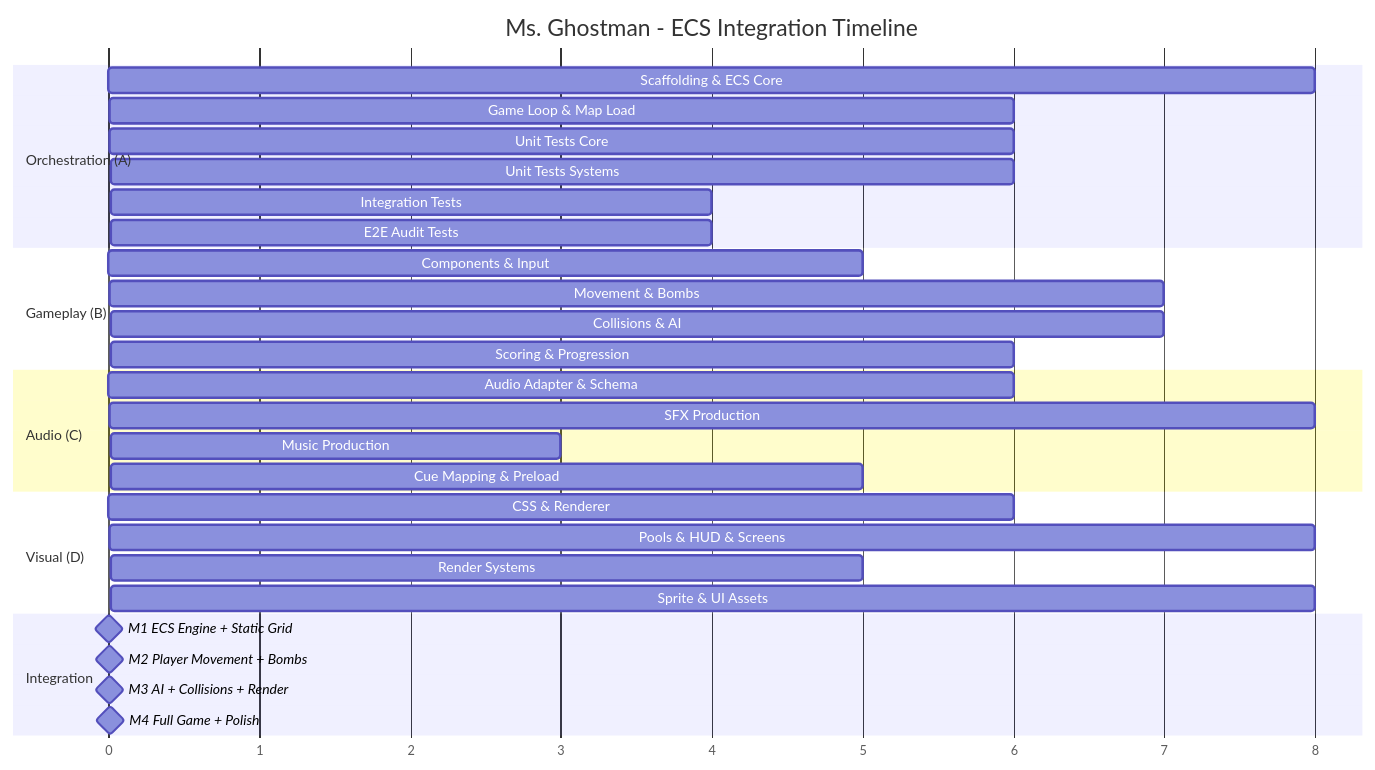
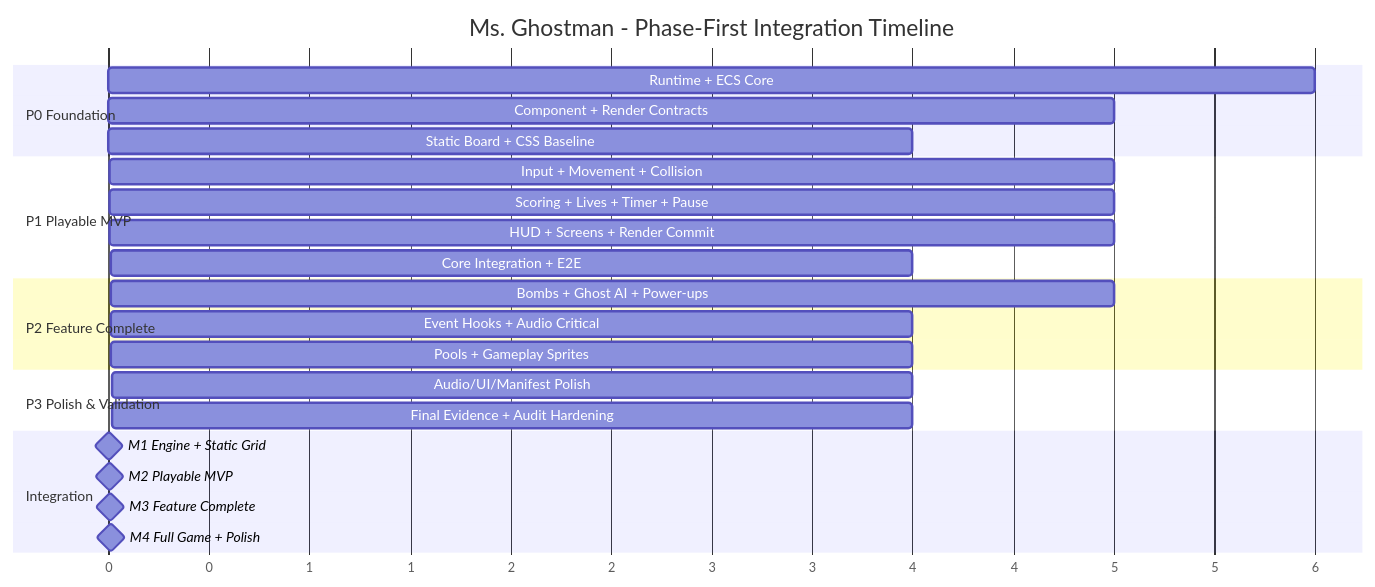
Before and after one commit to ertval/make-your-game: the second of 2 diagrams in docs/implementation/implementation-plan.md, drawn with Mermaid. The commit also changed other lines of this file and 9 other files, not shown here.

First line of the commit message:
Implement audio and visual feature phases, enhance policy gate workflow

````diff
--- a/docs/implementation/implementation-plan.md
+++ b/docs/implementation/implementation-plan.md
@@ -371,38 +380,32 @@
 ```mermaid
 gantt
-    title Ms. Ghostman - ECS Integration Timeline
+    title Ms. Ghostman - Phase-First Integration Timeline
     dateFormat  X
     axisFormat %s
 
-    section Orchestration (A)
-    Scaffolding & ECS Core: a1, 0, 8
-    Game Loop & Map Load: a2, 8, 6
-    Unit Tests Core: a3, 8, 6
-    Unit Tests Systems: a4, 14, 6
-    Integration Tests: a5, 18, 4
-    E2E Audit Tests: a6, 20, 4
+    section P0 Foundation
+    Runtime + ECS Core: p0a, 0, 6
+    Component + Render Contracts: p0b, 1, 5
+    Static Board + CSS Baseline: p0c, 3, 4
 
-    section Gameplay (B)
-    Components & Input: b1, 2, 5
-    Movement & Bombs: b2, 7, 7
-    Collisions & AI: b3, 14, 7
-    Scoring & Progression: b4, 18, 6
+    section P1 Playable MVP
+    Input + Movement + Collision: p1a, 6, 5
+    Scoring + Lives + Timer + Pause: p1b, 8, 5
+    HUD + Screens + Render Commit: p1c, 8, 5
+    Core Integration + E2E: p1d, 10, 4
 
-    section Audio (C)
-    Audio Adapter & Schema: c1, 0, 6
-    SFX Production: c2, 6, 8
-    Music Production: c3, 14, 3
-    Cue Mapping & Preload: c4, 17, 5
+    section P2 Feature Complete
+    Bombs + Ghost AI + Power-ups: p2a, 13, 5
+    Event Hooks + Audio Critical: p2b, 14, 4
+    Pools + Gameplay Sprites: p2c, 14, 4
 
-    section Visual (D)
-    CSS & Renderer: d1, 0, 6
-    Pools & HUD & Screens: d2, 6, 8
-    Render Systems: d3, 14, 5
-    Sprite & UI Assets: d4, 14, 8
+    section P3 Polish & Validation
+    Audio/UI/Manifest Polish: p3a, 18, 4
+    Final Evidence + Audit Hardening: p3b, 20, 4
     
     section Integration
-    M1 ECS Engine + Static Grid: milestone, m1, 8, 0
-    M2 Player Movement + Bombs: milestone, m2, 14, 0
-    M3 AI + Collisions + Render: milestone, m3, 20, 0
+    M1 Engine + Static Grid: milestone, m1, 6, 0
+    M2 Playable MVP: milestone, m2, 12, 0
+    M3 Feature Complete: milestone, m3, 18, 0
     M4 Full Game + Polish: milestone, m4, 24, 0
 ```
````
